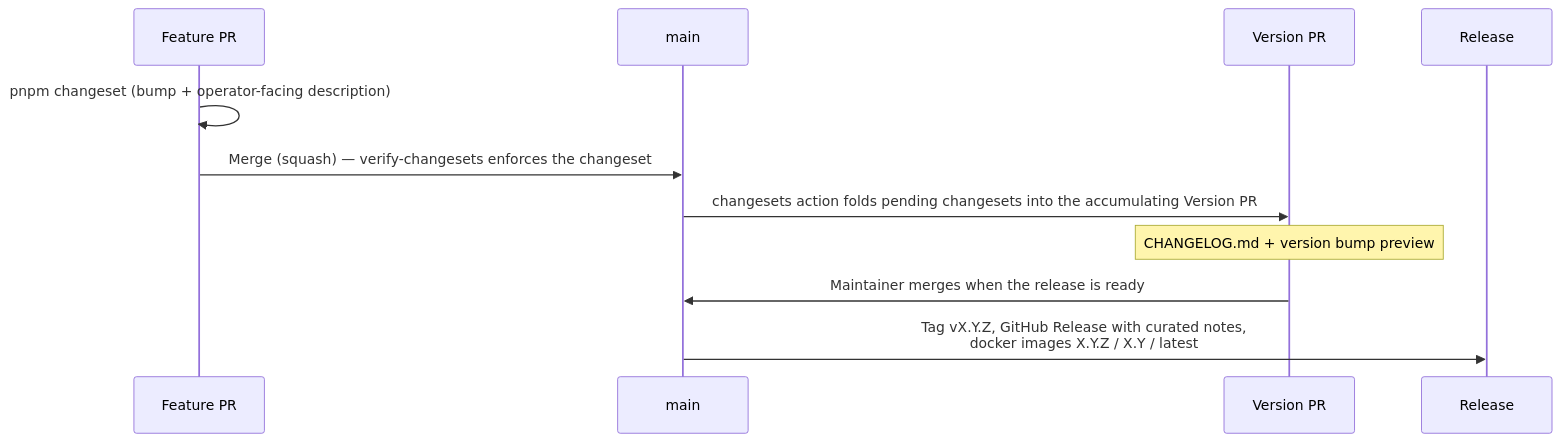
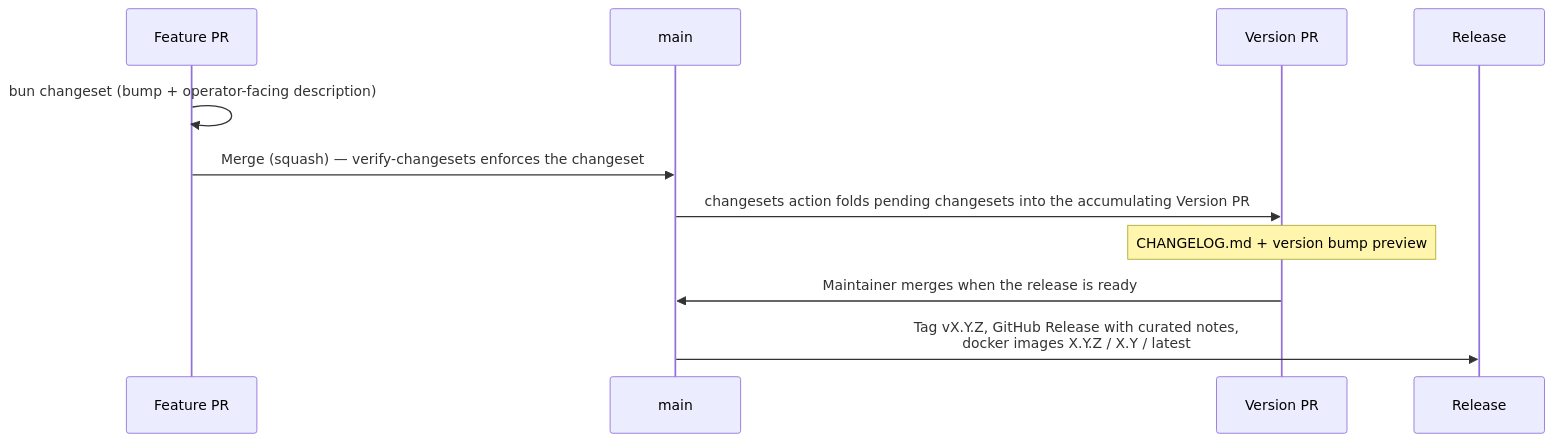
The diagram in docs/contributor/release-management.mdx (ls1intum/Hephaestus), drawn with Mermaid before and after one commit. The commit also changed other lines of this file and 121 other files, not shown here.

````diff
--- a/docs/contributor/release-management.mdx
+++ b/docs/contributor/release-management.mdx
@@ -21,16 +21,16 @@
 ```mermaid
 sequenceDiagram
     accTitle: Changesets release workflow
     accDescr: Feature pull requests add changesets, the version pull request consumes them, and merging the version pull request publishes the release.
     participant PR as Feature PR
     participant M as main
     participant VP as Version PR
     participant R as Release
 
-    PR->>PR: pnpm changeset (bump + operator-facing description)
+    PR->>PR: bun changeset (bump + operator-facing description)
     PR->>M: Merge (squash) — verify-changesets enforces the changeset
     M->>VP: changesets action folds pending changesets into the accumulating Version PR
     Note over VP: CHANGELOG.md + version bump preview
     VP->>M: Maintainer merges when the release is ready
     M->>R: Tag vX.Y.Z, GitHub Release with curated notes,<br/>docker images X.Y.Z / X.Y / latest
 ```
````
